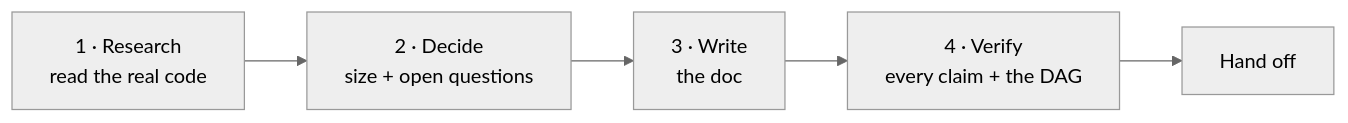
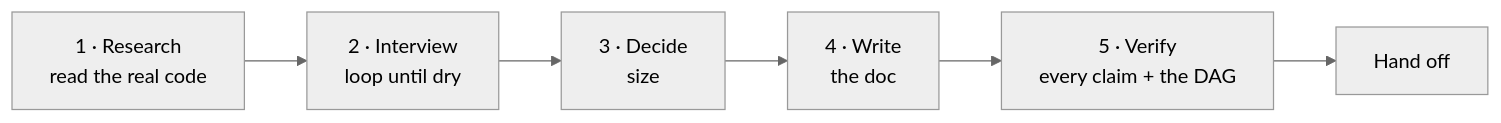
Before and after one commit to codemonkey800/dotfiles: the first of 2 diagrams in skills/plan-doc/SKILL.md, drawn with Mermaid (neutral theme). The commit also changed other lines of this file, not shown here.

First line of the commit message:
feat(plan-doc): add mandatory Interview phase between Research and Decide

````diff
--- a/skills/plan-doc/SKILL.md
+++ b/skills/plan-doc/SKILL.md
@@ -34,7 +34,8 @@
 ```mermaid
 flowchart LR
-  R[1 · Research<br/>read the real code] --> D[2 · Decide<br/>size + open questions]
-  D --> W[3 · Write<br/>the doc]
-  W --> V[4 · Verify<br/>every claim + the DAG]
+  R[1 · Research<br/>read the real code] --> I[2 · Interview<br/>loop until dry]
+  I --> D[3 · Decide<br/>size]
+  D --> W[4 · Write<br/>the doc]
+  W --> V[5 · Verify<br/>every claim + the DAG]
   V --> H[Hand off]
 ```
````
